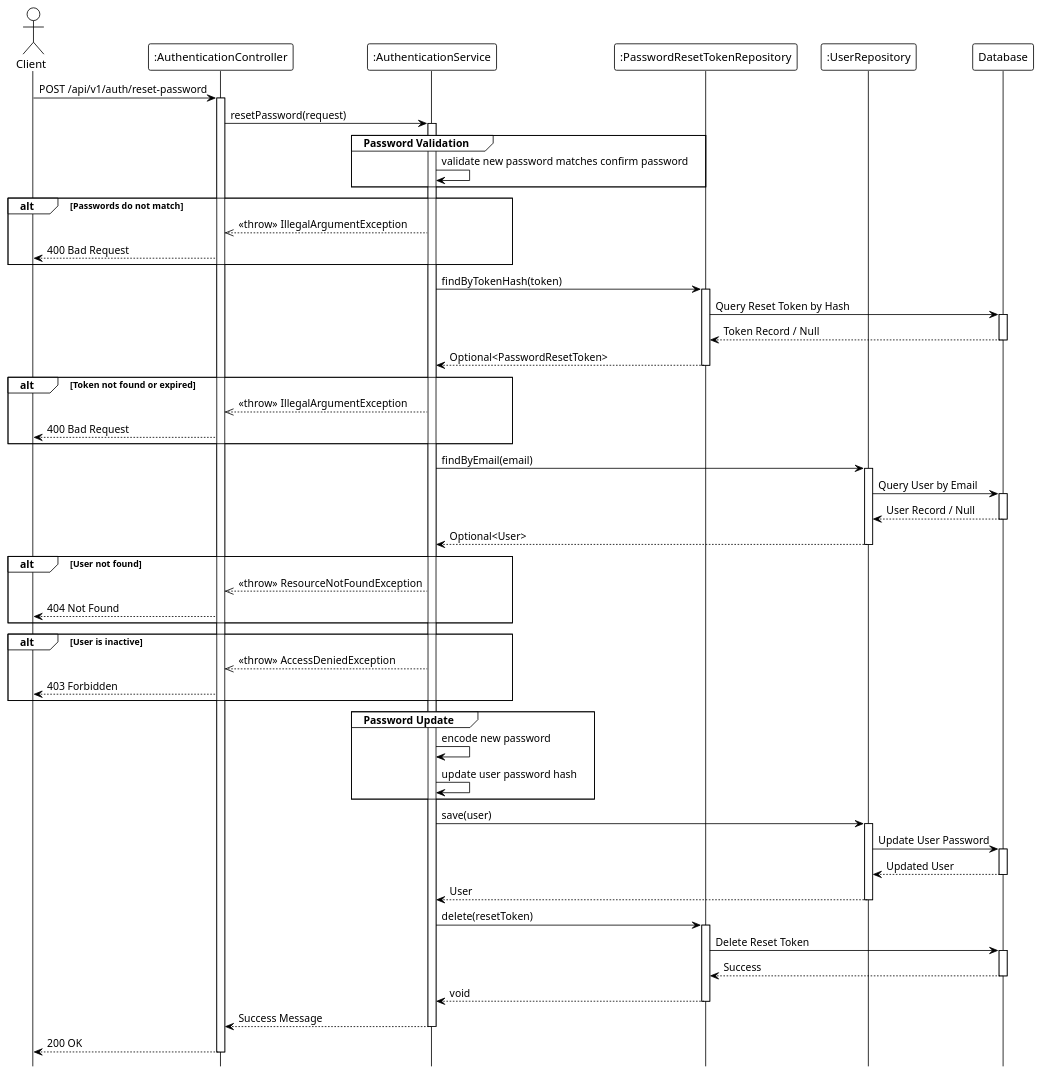
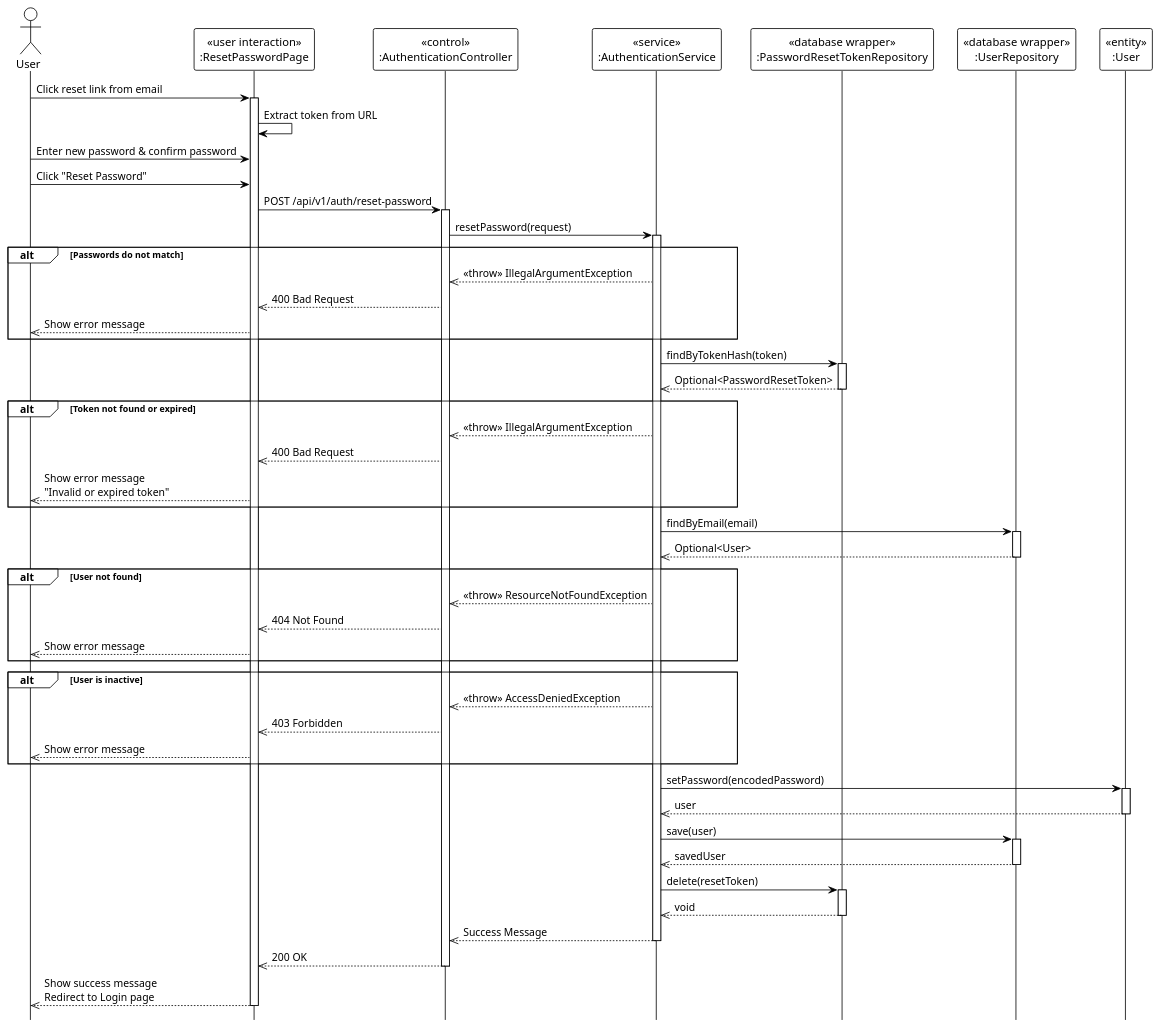
Before and after one commit to Ndh474/context: the diagram in system_detailed_design/04_forgot_password/sequence_diagram_reset_password.puml, drawn with PlantUML. The commit also changed 4 other files, not shown here.

Commit message:
docs(system_detailed_design): add UML stereotypes to authentication sequence diagrams

```diff
--- a/system_detailed_design/04_forgot_password/sequence_diagram_reset_password.puml
+++ b/system_detailed_design/04_forgot_password/sequence_diagram_reset_password.puml
@@ -1,104 +1,92 @@
 @startuml reset_password
 !theme plain
 hide footbox
 
-actor Client
-participant ":AuthenticationController" as Controller
-participant ":AuthenticationService" as Service
-participant ":PasswordResetTokenRepository" as TokenRepo
-participant ":UserRepository" as UserRepo
-participant "Database" as DB
+actor User
 
-' --- MAIN FLOW ---
-Client -> Controller: POST /api/v1/auth/reset-password
+participant "«user interaction»\n:ResetPasswordPage" as UI
+participant "«control»\n:AuthenticationController" as Controller
+participant "«service»\n:AuthenticationService" as Service
+participant "«database wrapper»\n:PasswordResetTokenRepository" as TokenRepo
+participant "«database wrapper»\n:UserRepository" as UserRepo
+participant "«entity»\n:User" as Entity
+
+' === MAIN FLOW ===
+User -> UI: Click reset link from email
+activate UI
+
+UI -> UI: Extract token from URL
+
+User -> UI: Enter new password & confirm password
+
+User -> UI: Click "Reset Password"
+UI -> Controller: POST /api/v1/auth/reset-password
 activate Controller
 
 Controller -> Service: resetPassword(request)
 activate Service
 
-' --- INPUT VALIDATION ---
-group Password Validation
-    Service -> Service: validate new password matches confirm password
+' === INPUT VALIDATION ===
+alt Passwords do not match
+    Service -->> Controller: <<throw>> IllegalArgumentException
+    Controller -->> UI: 400 Bad Request
+    UI -->> User: Show error message
 end
 
-alt Passwords do not match
-    Service -->> Controller: <<throw>> IllegalArgumentException
-    Controller --> Client: 400 Bad Request
-end
-
-' --- TOKEN VERIFICATION ---
+' === TOKEN VERIFICATION ===
 Service -> TokenRepo: findByTokenHash(token)
 activate TokenRepo
-
-TokenRepo -> DB: Query Reset Token by Hash
-activate DB
-DB --> TokenRepo: Token Record / Null
-deactivate DB
-
-TokenRepo --> Service: Optional<PasswordResetToken>
+TokenRepo -->> Service: Optional<PasswordResetToken>
 deactivate TokenRepo
 
 alt Token not found or expired
     Service -->> Controller: <<throw>> IllegalArgumentException
-    Controller --> Client: 400 Bad Request
+    Controller -->> UI: 400 Bad Request
+    UI -->> User: Show error message\n"Invalid or expired token"
 end
 
-' --- USER LOOKUP ---
+' === USER LOOKUP ===
 Service -> UserRepo: findByEmail(email)
 activate UserRepo
-
-UserRepo -> DB: Query User by Email
-activate DB
-DB --> UserRepo: User Record / Null
-deactivate DB
-
-UserRepo --> Service: Optional<User>
+UserRepo -->> Service: Optional<User>
 deactivate UserRepo
 
-' --- VALIDATION LOGIC ---
 alt User not found
     Service -->> Controller: <<throw>> ResourceNotFoundException
-    Controller --> Client: 404 Not Found
+    Controller -->> UI: 404 Not Found
+    UI -->> User: Show error message
 end
 
 alt User is inactive
     Service -->> Controller: <<throw>> AccessDeniedException
-    Controller --> Client: 403 Forbidden
+    Controller -->> UI: 403 Forbidden
+    UI -->> User: Show error message
 end
 
-' --- PASSWORD UPDATE ---
-group Password Update
-    Service -> Service: encode new password
-    Service -> Service: update user password hash
-end
+' === UPDATE PASSWORD ===
+Service -> Entity: setPassword(encodedPassword)
+activate Entity
+Entity -->> Service: user
+deactivate Entity
 
 Service -> UserRepo: save(user)
 activate UserRepo
-
-UserRepo -> DB: Update User Password
-activate DB
-DB --> UserRepo: Updated User
-deactivate DB
-
-UserRepo --> Service: User
+UserRepo -->> Service: savedUser
 deactivate UserRepo
 
-' --- TOKEN CLEANUP ---
+' === TOKEN CLEANUP ===
 Service -> TokenRepo: delete(resetToken)
 activate TokenRepo
-
-TokenRepo -> DB: Delete Reset Token
-activate DB
-DB --> TokenRepo: Success
-deactivate DB
-
-TokenRepo --> Service: void
+TokenRepo -->> Service: void
 deactivate TokenRepo
 
-Service --> Controller: Success Message
+Service -->> Controller: Success Message
 deactivate Service
 
-Controller --> Client: 200 OK
+Controller -->> UI: 200 OK
 deactivate Controller
 
+UI -->> User: Show success message\nRedirect to Login page
+deactivate UI
+
 @enduml
```
